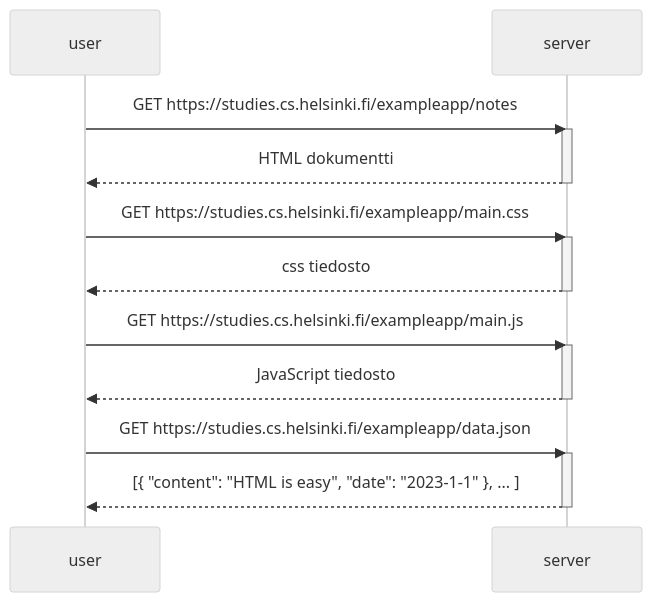
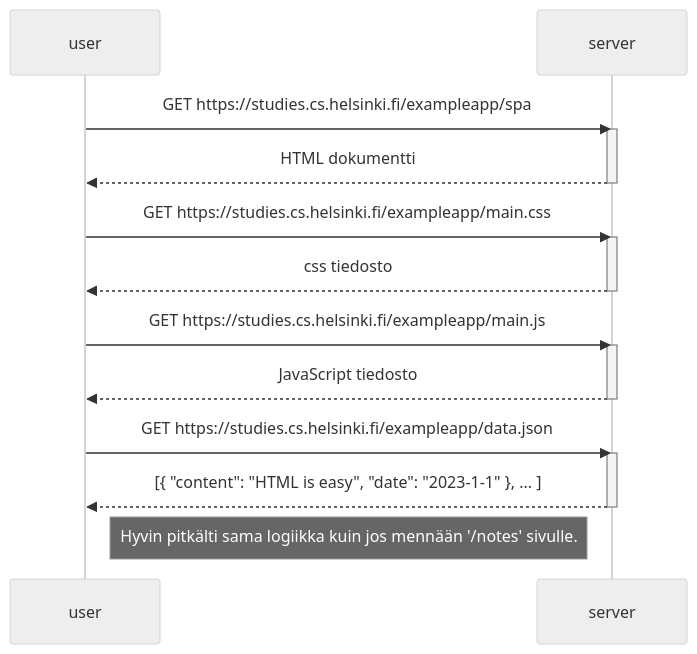
Before and after one commit to jhkorte/fullstack-open: the diagram in osa0/0.5.md, drawn with Mermaid (neutral theme). The commit also changed other lines of this file, not shown here.

Commit message:
0.5 jatkuu

````diff
--- a/osa0/0.5.md
+++ b/osa0/0.5.md
@@ -3,25 +3,27 @@
 ```mermaid
 sequenceDiagram
     participant user
     participant server
     
-    user->>server: GET https://studies.cs.helsinki.fi/exampleapp/notes
+    user->>server: GET https://studies.cs.helsinki.fi/exampleapp/spa
     activate server
     server-->>user: HTML dokumentti
     deactivate server
     
     user->>server: GET https://studies.cs.helsinki.fi/exampleapp/main.css
     activate server
     server-->>user: css tiedosto
     deactivate server
     
     user->>server: GET https://studies.cs.helsinki.fi/exampleapp/main.js
     activate server
     server-->>user: JavaScript tiedosto
     deactivate server
     
     user->>server: GET https://studies.cs.helsinki.fi/exampleapp/data.json
     activate server
     server-->>user: [{ "content": "HTML is easy", "date": "2023-1-1" }, ... ]
-    deactivate server    
+    deactivate server  
+
+    Note right of user: Hyvin pitkälti sama logiikka kuin jos mennään '/notes' sivulle.  
 ```
````
